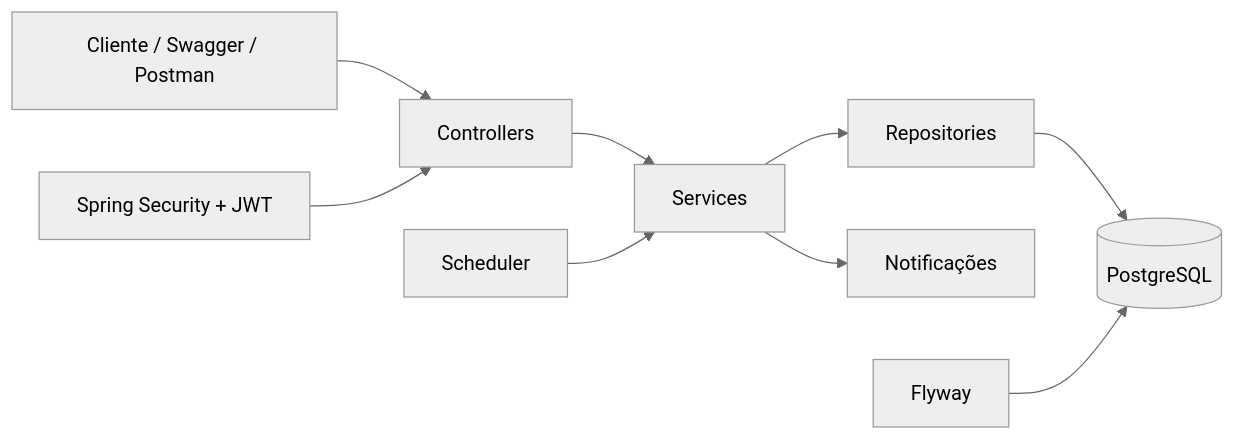
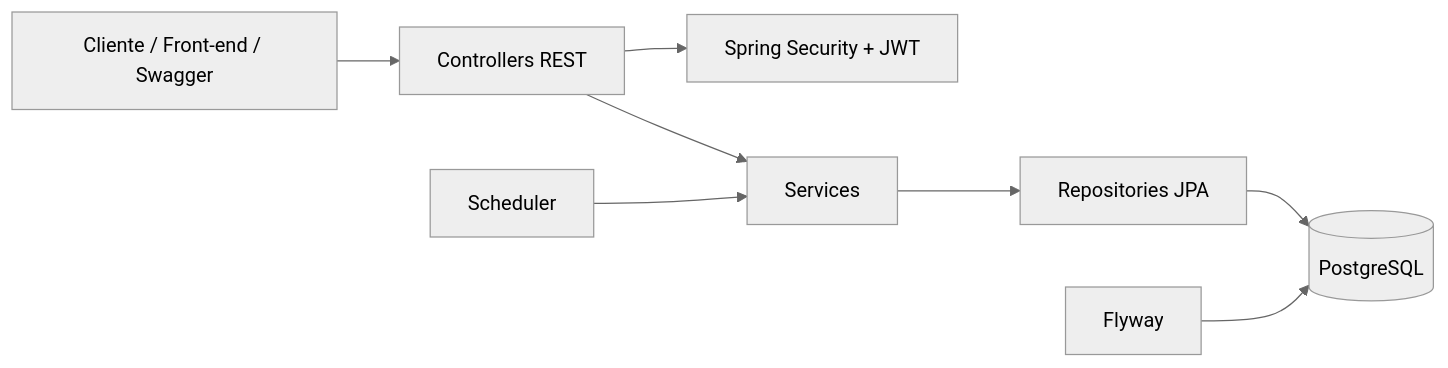
One commit to developercarloslima/Sistema-de-Gerenciamento-de-Biblioteca changed the first of 3 diagrams in README.md. Above: the diagram before and after it, drawn with Mermaid (neutral theme). The commit also changed other lines of this file, not shown here.

````diff
--- a/README.md
+++ b/README.md
@@ -120,12 +175,10 @@
 ```mermaid
-graph LR
-    A[Cliente / Swagger / Postman] --> B[Controllers]
-    B --> C[Services]
-    C --> D[Repositories]
-    D --> E[(PostgreSQL)]
-
-    F[Spring Security + JWT] --> B
-    G[Scheduler] --> C
-    C --> H[Notificações]
-    I[Flyway] --> E
+flowchart LR
+    CLIENT[Cliente / Front-end / Swagger] --> CONTROLLERS[Controllers REST]
+    CONTROLLERS --> SECURITY[Spring Security + JWT]
+    CONTROLLERS --> SERVICES[Services]
+    SERVICES --> REPOSITORIES[Repositories JPA]
+    REPOSITORIES --> DATABASE[(PostgreSQL)]
+    SCHEDULER[Scheduler] --> SERVICES
+    FLYWAY[Flyway] --> DATABASE
 ```
````
